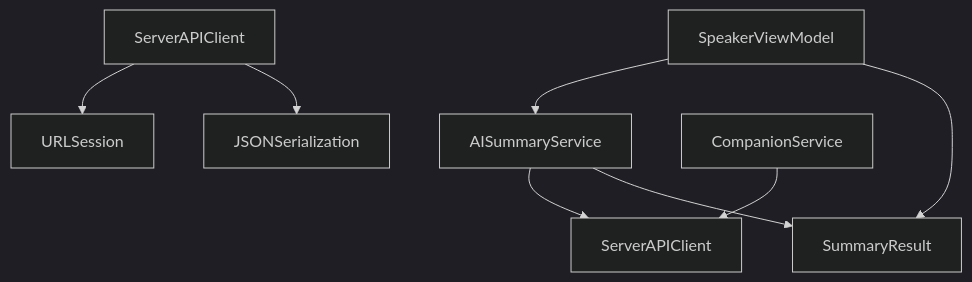
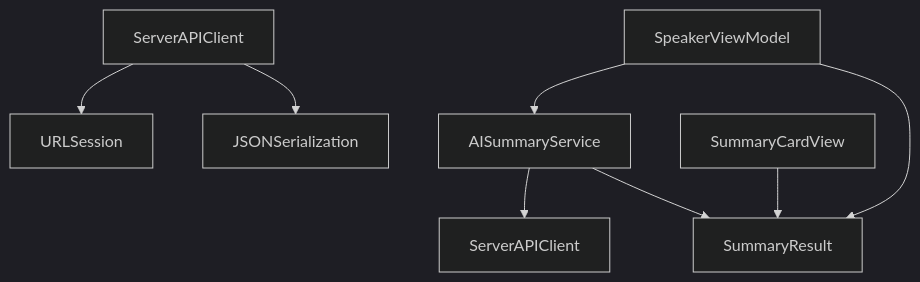
One commit to Primoguo/VoiceReader changed the seventh of 7 diagrams in .qoder/repowiki/zh/content/架构设计/服务层设计/AI 摘要生成服务.md. Above: the diagram before and after it, drawn with Mermaid (dark theme). The commit also changed other lines of this file and 92 other files, not shown here.

````diff
--- a/.qoder/repowiki/zh/content/架构设计/服务层设计/AI 摘要生成服务.md
+++ b/.qoder/repowiki/zh/content/架构设计/服务层设计/AI 摘要生成服务.md
@@ -290,10 +277,10 @@
 ```mermaid
 graph TB
 A["AISummaryService"] --> B["ServerAPIClient"]
 A --> C["SummaryResult"]
 D["ServerAPIClient"] --> E["URLSession"]
 D --> F["JSONSerialization"]
 G["SpeakerViewModel"] --> A
 G --> C
-H["CompanionService"] --> B
+H["SummaryCardView"] --> C
 ```
````
